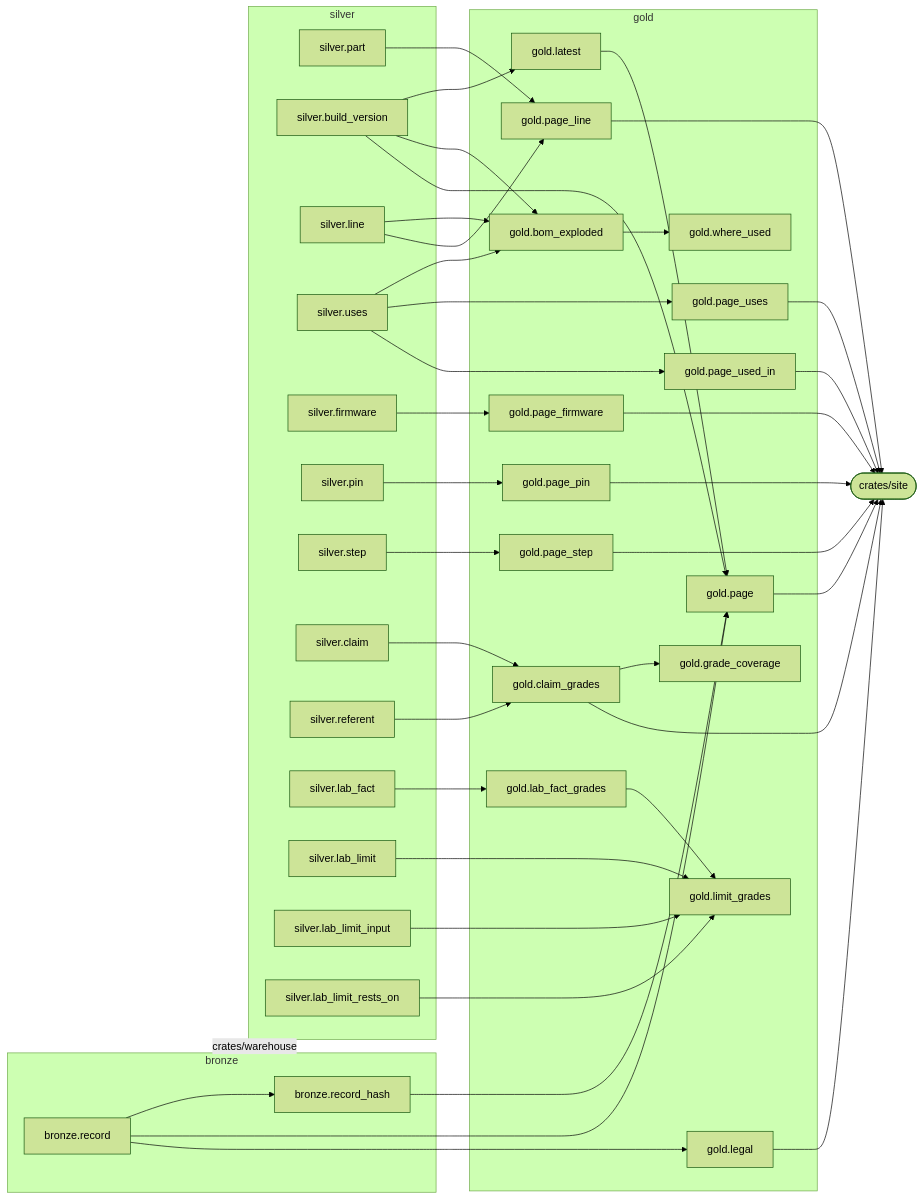
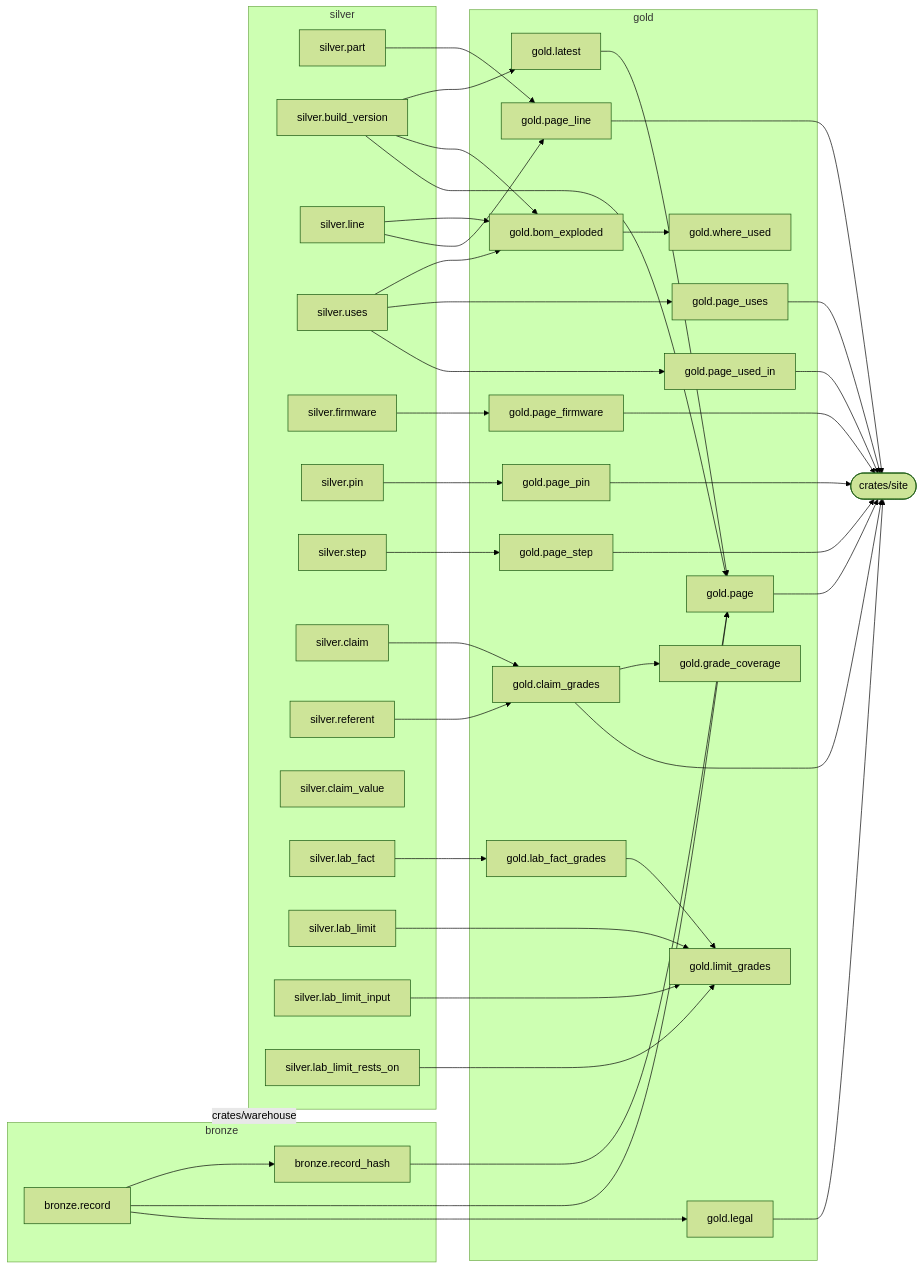
Before and after one commit to via-balaena/tentzhen: the diagram in docs/data-catalogue.md, drawn with Mermaid (forest theme). The commit also changed other lines of this file and 9 other files, not shown here.

````diff
--- a/docs/data-catalogue.md
+++ b/docs/data-catalogue.md
@@ -13,76 +13,77 @@
 ```mermaid
 flowchart LR
   subgraph bronze
     bronze_record["bronze.record"]
     bronze_record_hash["bronze.record_hash"]
   end
   subgraph silver
     silver_part["silver.part"]
     silver_build_version["silver.build_version"]
     silver_line["silver.line"]
     silver_uses["silver.uses"]
     silver_firmware["silver.firmware"]
     silver_pin["silver.pin"]
     silver_step["silver.step"]
     silver_claim["silver.claim"]
     silver_referent["silver.referent"]
+    silver_claim_value["silver.claim_value"]
     silver_lab_fact["silver.lab_fact"]
     silver_lab_limit["silver.lab_limit"]
     silver_lab_limit_input["silver.lab_limit_input"]
     silver_lab_limit_rests_on["silver.lab_limit_rests_on"]
   end
   subgraph gold
     gold_latest["gold.latest"]
     gold_claim_grades["gold.claim_grades"]
     gold_grade_coverage["gold.grade_coverage"]
     gold_bom_exploded["gold.bom_exploded"]
     gold_where_used["gold.where_used"]
     gold_lab_fact_grades["gold.lab_fact_grades"]
     gold_limit_grades["gold.limit_grades"]
     gold_page["gold.page"]
     gold_page_line["gold.page_line"]
     gold_page_uses["gold.page_uses"]
     gold_page_used_in["gold.page_used_in"]
     gold_page_firmware["gold.page_firmware"]
     gold_page_pin["gold.page_pin"]
     gold_page_step["gold.page_step"]
     gold_legal["gold.legal"]
   end
   bronze -. crates/warehouse .-> silver
   bronze_record --> bronze_record_hash
   silver_build_version --> gold_latest
   silver_claim --> gold_claim_grades
   silver_referent --> gold_claim_grades
   gold_claim_grades --> gold_grade_coverage
   silver_build_version --> gold_bom_exploded
   silver_line --> gold_bom_exploded
   silver_uses --> gold_bom_exploded
   gold_bom_exploded --> gold_where_used
   silver_lab_fact --> gold_lab_fact_grades
   gold_lab_fact_grades --> gold_limit_grades
   silver_lab_limit --> gold_limit_grades
   silver_lab_limit_input --> gold_limit_grades
   silver_lab_limit_rests_on --> gold_limit_grades
   bronze_record --> gold_page
   bronze_record_hash --> gold_page
   gold_latest --> gold_page
   silver_build_version --> gold_page
   silver_line --> gold_page_line
   silver_part --> gold_page_line
   silver_uses --> gold_page_uses
   silver_uses --> gold_page_used_in
   silver_firmware --> gold_page_firmware
   silver_pin --> gold_page_pin
   silver_step --> gold_page_step
   bronze_record --> gold_legal
   crates_site(["crates/site"])
   gold_claim_grades --> crates_site
   gold_page --> crates_site
   gold_page_line --> crates_site
   gold_page_uses --> crates_site
   gold_page_used_in --> crates_site
   gold_page_firmware --> crates_site
   gold_page_pin --> crates_site
   gold_page_step --> crates_site
   gold_legal --> crates_site
 ```
````
